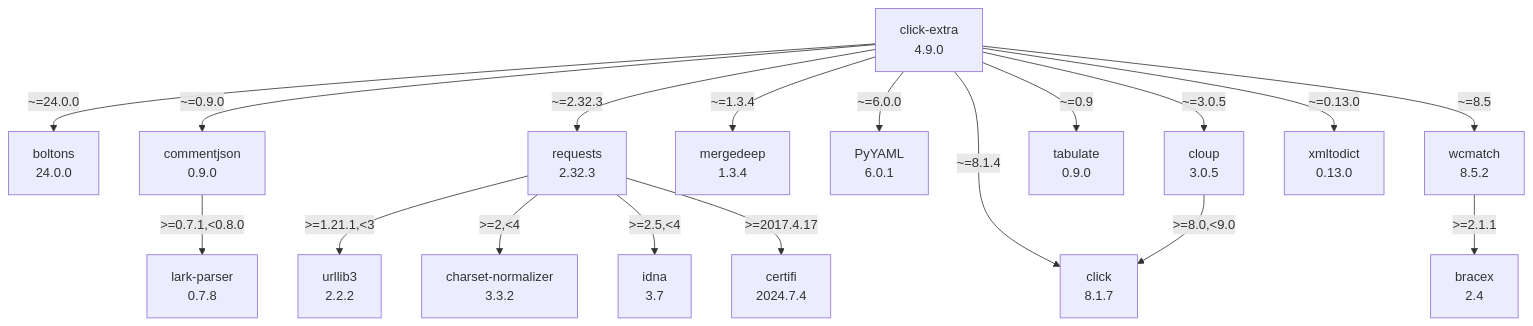
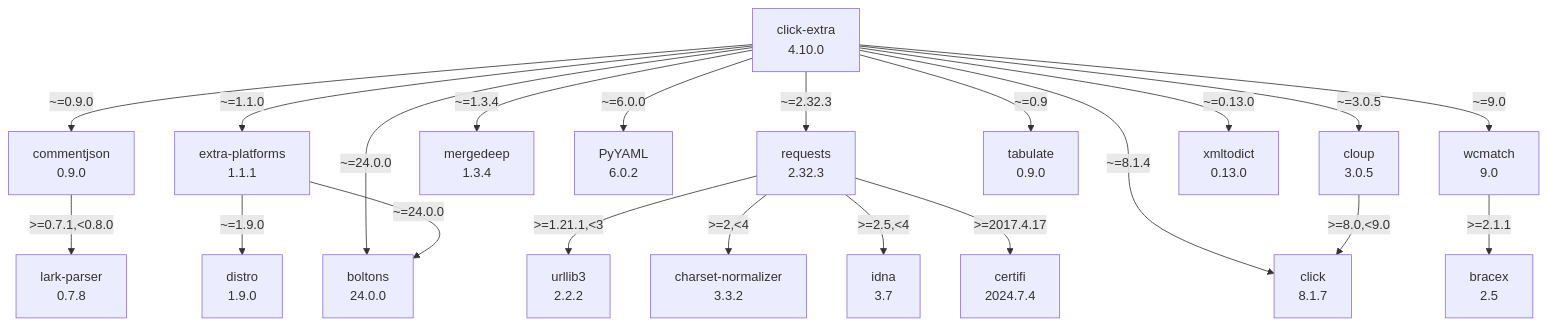
One commit to kdeldycke/click-extra changed the diagram in docs/assets/dependencies.mmd. Above: the diagram before and after it, drawn with Mermaid.

Commit message:
[autofix] Regenerate dependency graph

```diff
--- a/docs/assets/dependencies.mmd
+++ b/docs/assets/dependencies.mmd
@@ -1,36 +1,41 @@
 flowchart TD
     classDef missing stroke-dasharray: 5
     boltons["boltons\n24.0.0"]
-    bracex["bracex\n2.4"]
+    bracex["bracex\n2.5"]
     certifi["certifi\n2024.7.4"]
     charset-normalizer["charset-normalizer\n3.3.2"]
-    click-extra["click-extra\n4.9.0"]
+    click-extra["click-extra\n4.10.0"]
     click_0["click\n8.1.7"]
     cloup["cloup\n3.0.5"]
     commentjson["commentjson\n0.9.0"]
+    distro["distro\n1.9.0"]
+    extra-platforms["extra-platforms\n1.1.1"]
     idna["idna\n3.7"]
     lark-parser["lark-parser\n0.7.8"]
     mergedeep["mergedeep\n1.3.4"]
-    pyyaml["PyYAML\n6.0.1"]
+    pyyaml["PyYAML\n6.0.2"]
     requests["requests\n2.32.3"]
     tabulate["tabulate\n0.9.0"]
     urllib3["urllib3\n2.2.2"]
-    wcmatch["wcmatch\n8.5.2"]
+    wcmatch["wcmatch\n9.0"]
     xmltodict["xmltodict\n0.13.0"]
     click-extra -- "~=0.13.0" --> xmltodict
     click-extra -- "~=0.9" --> tabulate
     click-extra -- "~=0.9.0" --> commentjson
+    click-extra -- "~=1.1.0" --> extra-platforms
     click-extra -- "~=1.3.4" --> mergedeep
     click-extra -- "~=2.32.3" --> requests
     click-extra -- "~=24.0.0" --> boltons
     click-extra -- "~=3.0.5" --> cloup
     click-extra -- "~=6.0.0" --> pyyaml
     click-extra -- "~=8.1.4" --> click_0
-    click-extra -- "~=8.5" --> wcmatch
+    click-extra -- "~=9.0" --> wcmatch
     cloup -- ">=8.0,<9.0" --> click_0
     commentjson -- ">=0.7.1,<0.8.0" --> lark-parser
+    extra-platforms -- "~=1.9.0" --> distro
+    extra-platforms -- "~=24.0.0" --> boltons
     requests -- ">=1.21.1,<3" --> urllib3
     requests -- ">=2,<4" --> charset-normalizer
     requests -- ">=2.5,<4" --> idna
     requests -- ">=2017.4.17" --> certifi
     wcmatch -- ">=2.1.1" --> bracex
```
